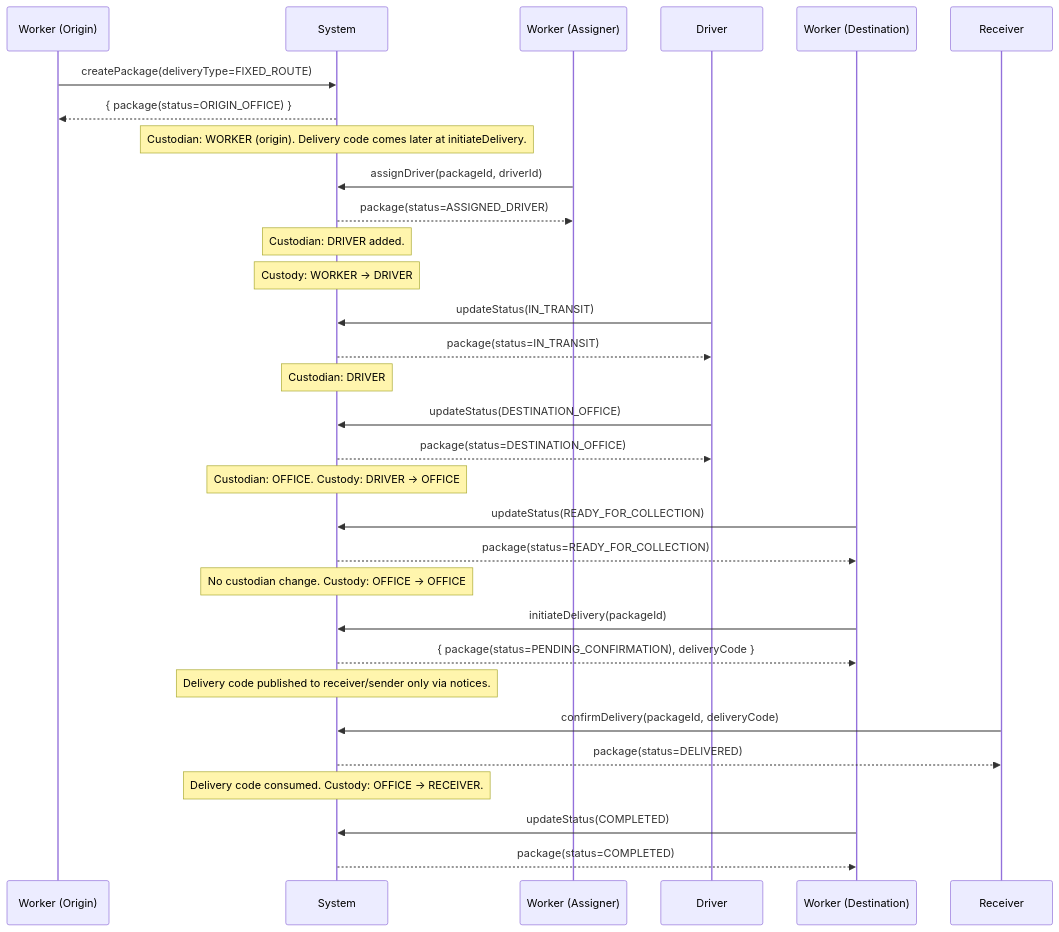
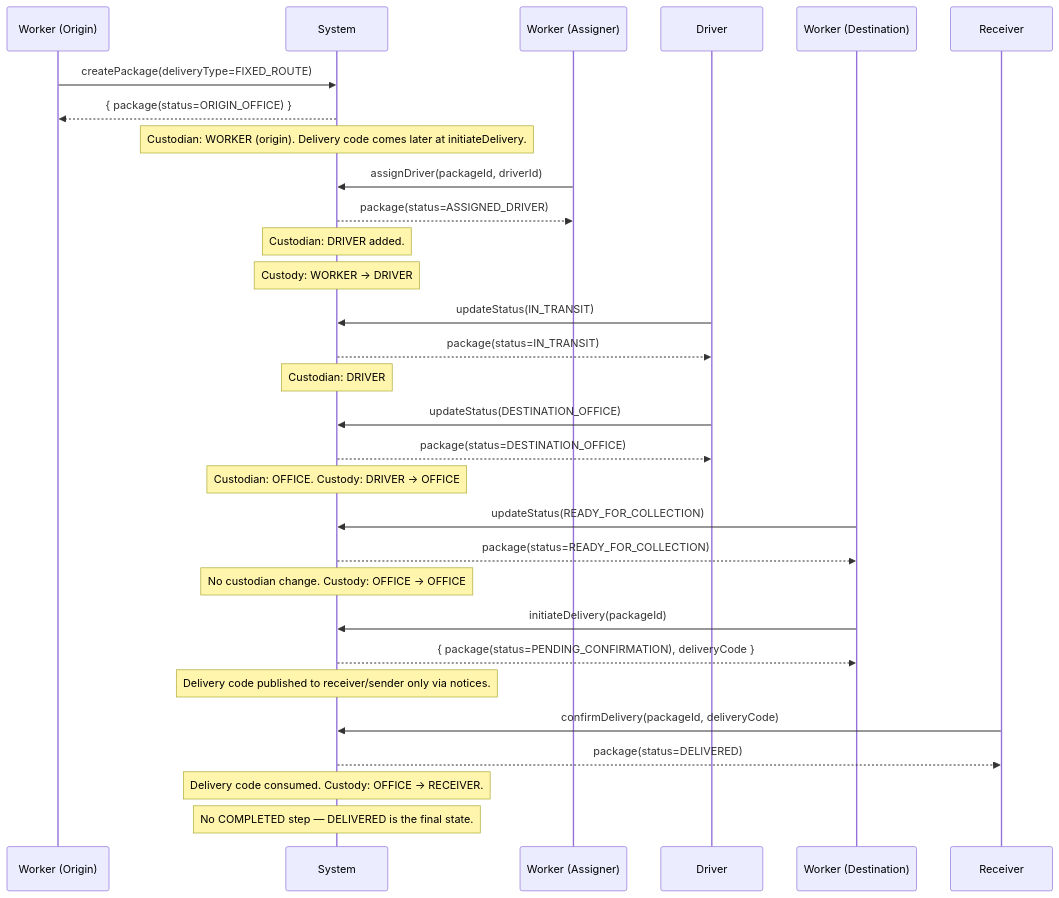
Before and after one commit to Genocadio/cavgobackend: the fifth of 9 diagrams in ikuriyebackend/PACKAGE_FLOW.md, drawn with Mermaid. The commit also changed other lines of this file and 8 other files, not shown here.

````diff
--- a/ikuriyebackend/PACKAGE_FLOW.md
+++ b/ikuriyebackend/PACKAGE_FLOW.md
@@ -355,41 +370,40 @@
 ```mermaid
 sequenceDiagram
     participant W1 as Worker (Origin)
     participant S as System
     participant W2 as Worker (Assigner)
     participant D as Driver
     participant W3 as Worker (Destination)
     participant R as Receiver
 
     W1->>S: createPackage(deliveryType=FIXED_ROUTE)
     S-->>W1: { package(status=ORIGIN_OFFICE) }
     Note over S: Custodian: WORKER (origin). Delivery code comes later at initiateDelivery.
 
     W2->>S: assignDriver(packageId, driverId)
     S-->>W2: package(status=ASSIGNED_DRIVER)
     Note over S: Custodian: DRIVER added.
     Note over S: Custody: WORKER → DRIVER
 
     D->>S: updateStatus(IN_TRANSIT)
     S-->>D: package(status=IN_TRANSIT)
     Note over S: Custodian: DRIVER
 
     D->>S: updateStatus(DESTINATION_OFFICE)
     S-->>D: package(status=DESTINATION_OFFICE)
     Note over S: Custodian: OFFICE. Custody: DRIVER → OFFICE
 
     W3->>S: updateStatus(READY_FOR_COLLECTION)
     S-->>W3: package(status=READY_FOR_COLLECTION)
     Note over S: No custodian change. Custody: OFFICE → OFFICE
 
     W3->>S: initiateDelivery(packageId)
     S-->>W3: { package(status=PENDING_CONFIRMATION), deliveryCode }
     Note over S: Delivery code published to receiver/sender only via notices.
 
     R->>S: confirmDelivery(packageId, deliveryCode)
     S-->>R: package(status=DELIVERED)
     Note over S: Delivery code consumed. Custody: OFFICE → RECEIVER.
 
-    W3->>S: updateStatus(COMPLETED)
-    S-->>W3: package(status=COMPLETED)
+    Note over S: No COMPLETED step — DELIVERED is the final state.
 ```
````
